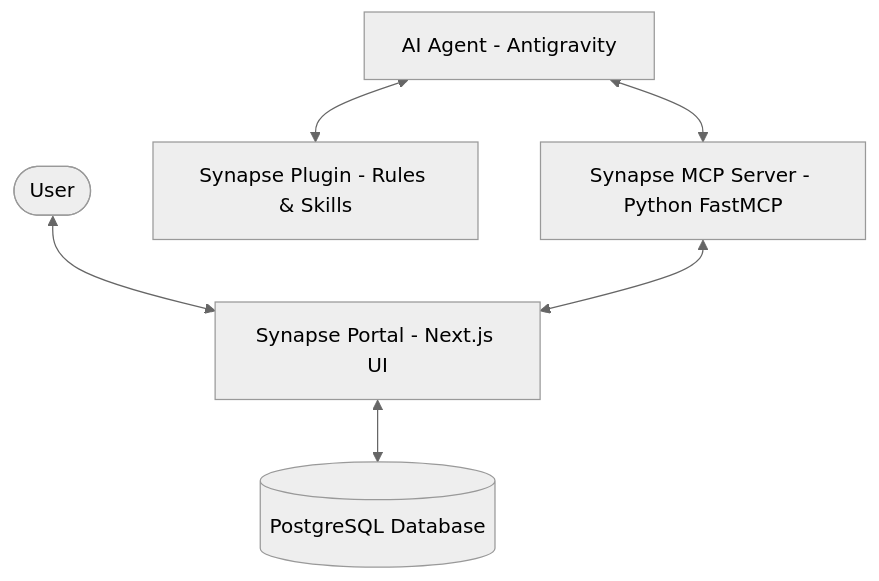
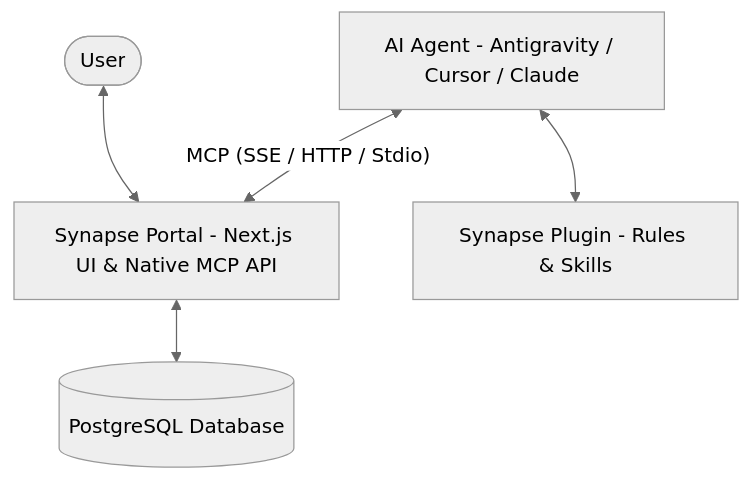
The diagram in README.md (DatNH2K1/synapse-agents), drawn with Mermaid (neutral theme) before and after one commit. The commit also changed other lines of this file and 140 other files, not shown here.

````diff
--- a/README.md
+++ b/README.md
@@ -11,8 +11,7 @@
 ```mermaid
 graph TD
-    User([User]) <--> Portal[Synapse Portal - Next.js UI]
-    Agent[AI Agent - Antigravity] <--> Plugin[Synapse Plugin - Rules & Skills]
-    Agent <--> MCP[Synapse MCP Server - Python FastMCP]
-    MCP <--> Portal
+    User([User]) <--> Portal[Synapse Portal - Next.js UI & Native MCP API]
+    Agent[AI Agent - Antigravity / Cursor / Claude] <--> Plugin[Synapse Plugin - Rules & Skills]
+    Agent <-->|"MCP (SSE / HTTP / Stdio)"| Portal
     Portal <--> DB[(PostgreSQL Database)]
 ```
````
